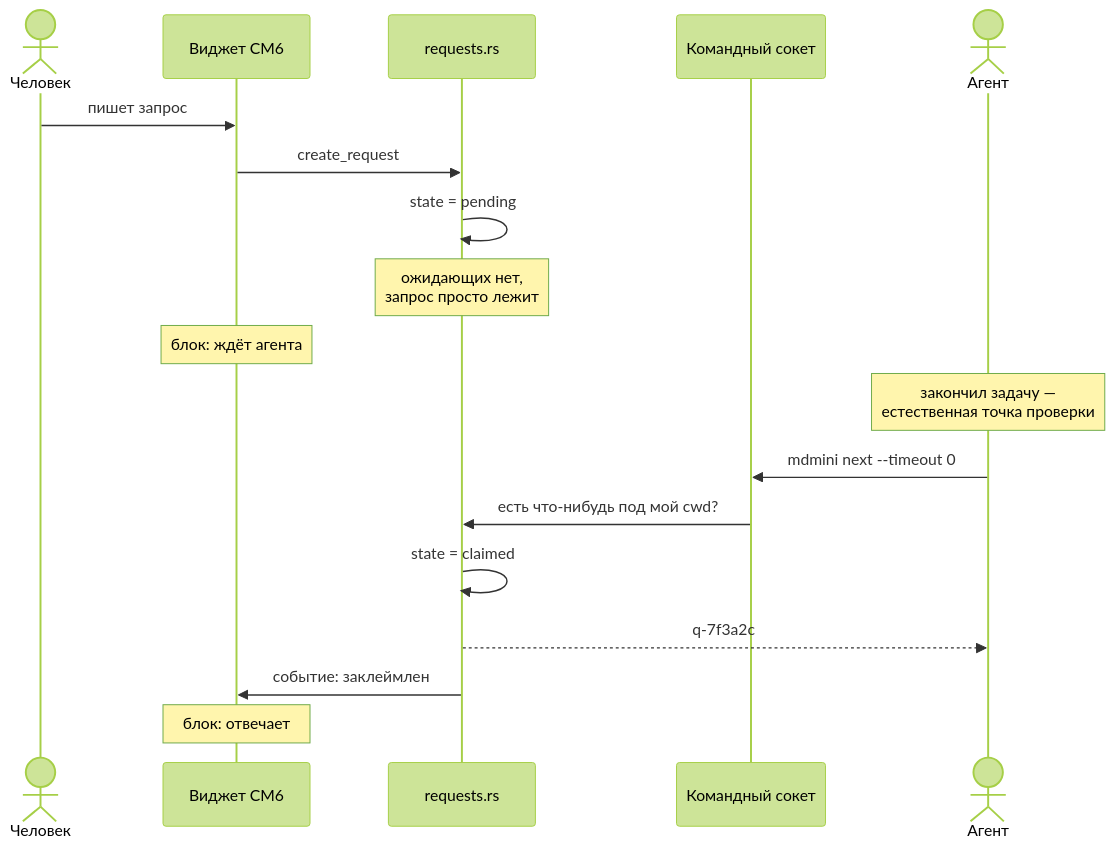
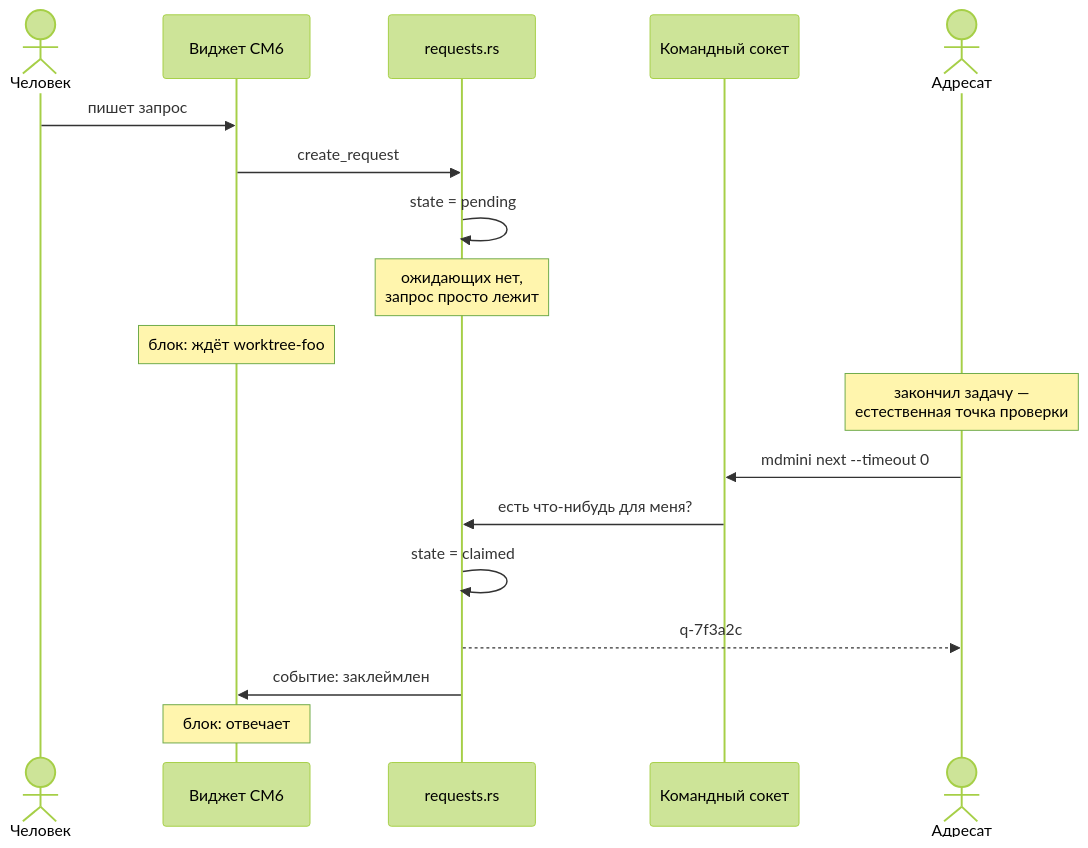
Diagram 13 of 19 in docs/superpowers/specs/2026-08-23-document-requests-design.md (malinborn/mdmini), drawn with Mermaid (forest theme) before and after one commit. The commit also changed other lines of this file, not shown here.

````diff
--- a/docs/superpowers/specs/2026-08-23-document-requests-design.md
+++ b/docs/superpowers/specs/2026-08-23-document-requests-design.md
@@ -200,22 +344,22 @@
 ```mermaid
 sequenceDiagram
     actor U as Человек
     participant W as Виджет CM6
     participant R as requests.rs
     participant S as Командный сокет
-    actor A as Агент
+    actor A as Адресат
 
     U->>W: пишет запрос
     W->>R: create_request
     R->>R: state = pending
     Note over R: ожидающих нет,<br/>запрос просто лежит
-    Note over W: блок: ждёт агента
+    Note over W: блок: ждёт worktree-foo
 
     Note over A: закончил задачу —<br/>естественная точка проверки
     A->>S: mdmini next --timeout 0
-    S->>R: есть что-нибудь под мой cwd?
+    S->>R: есть что-нибудь для меня?
     R->>R: state = claimed
     R-->>A: q-7f3a2c
     R->>W: событие: заклеймлен
     Note over W: блок: отвечает
 ```
````
